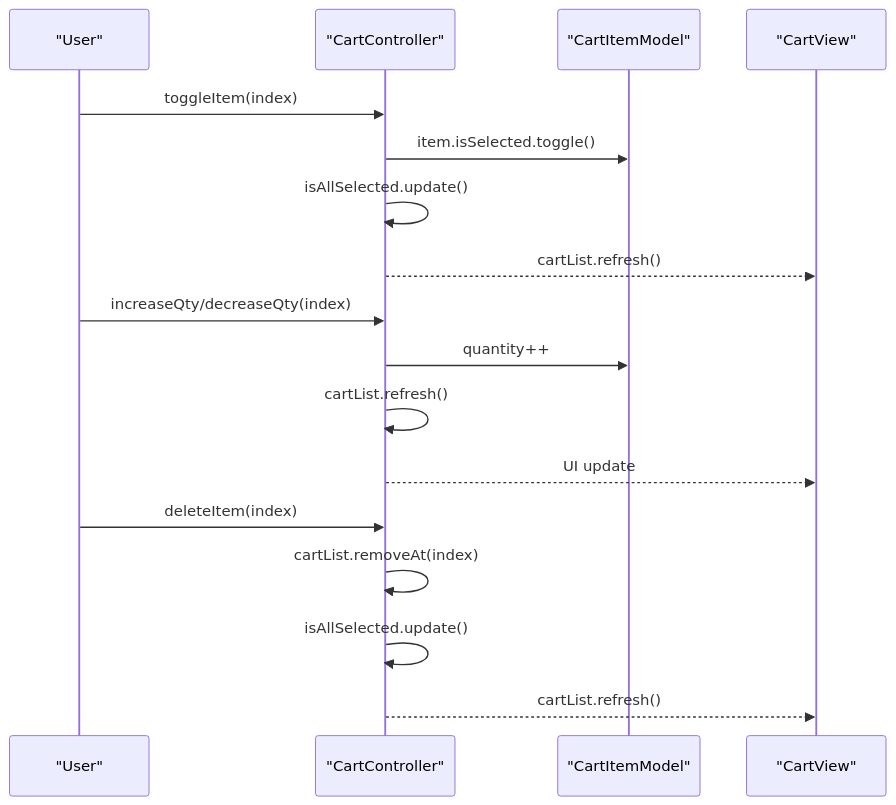
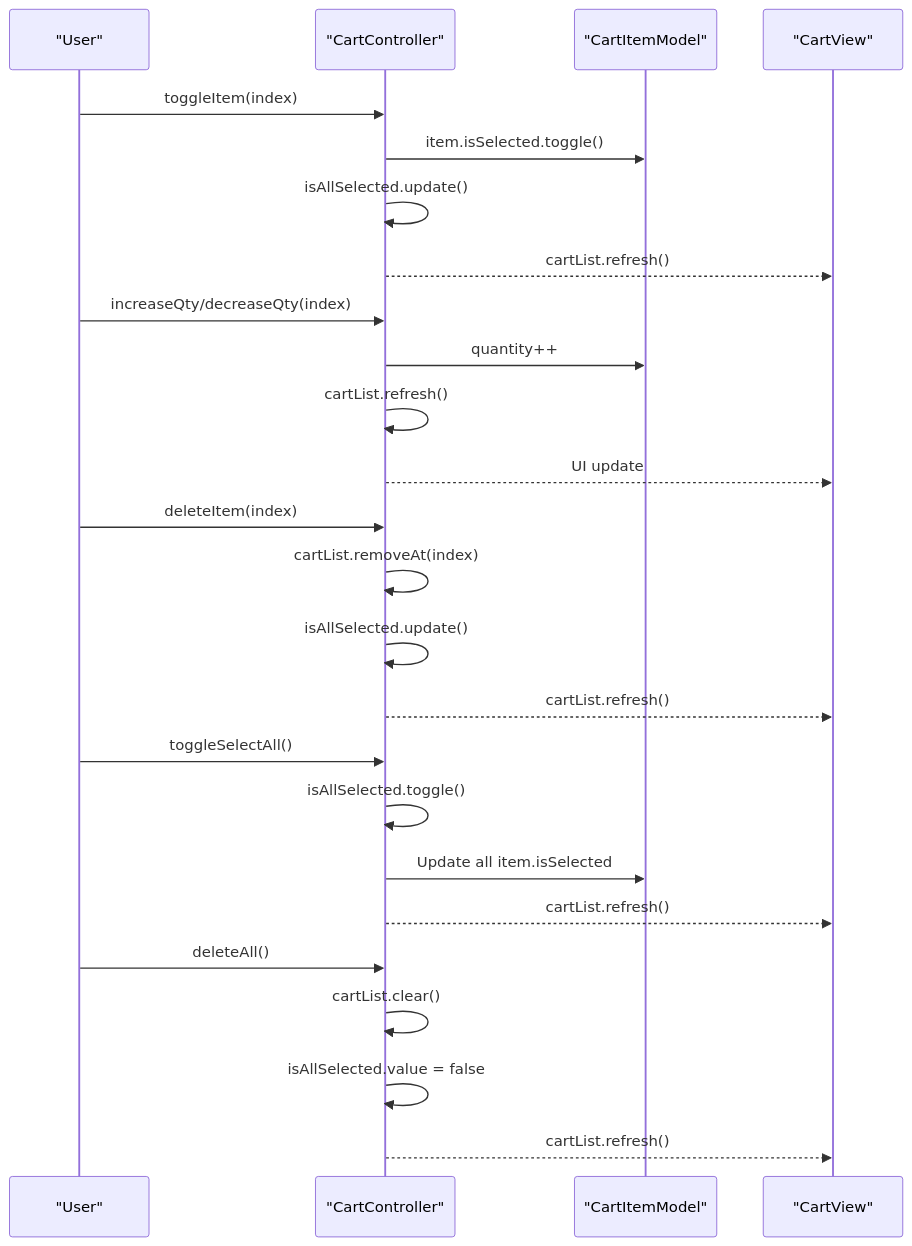
One commit to Ariful3111/FurniGo changed the third of 13 diagrams in .qoder/repowiki/en/content/Core Features/E-commerce Platform/Shopping Cart System.md. Above: the diagram before and after it, drawn with Mermaid. The commit also changed other lines of this file and 15 other files, not shown here.

````diff
--- a/.qoder/repowiki/en/content/Core Features/E-commerce Platform/Shopping Cart System.md
+++ b/.qoder/repowiki/en/content/Core Features/E-commerce Platform/Shopping Cart System.md
@@ -161,19 +218,27 @@
 ```mermaid
 sequenceDiagram
 participant User as "User"
 participant Controller as "CartController"
 participant Model as "CartItemModel"
 participant View as "CartView"
 User->>Controller : toggleItem(index)
 Controller->>Model : item.isSelected.toggle()
 Controller->>Controller : isAllSelected.update()
 Controller-->>View : cartList.refresh()
 User->>Controller : increaseQty/decreaseQty(index)
 Controller->>Model : quantity++
 Controller->>Controller : cartList.refresh()
 Controller-->>View : UI update
 User->>Controller : deleteItem(index)
 Controller->>Controller : cartList.removeAt(index)
 Controller->>Controller : isAllSelected.update()
 Controller-->>View : cartList.refresh()
+User->>Controller : toggleSelectAll()
+Controller->>Controller : isAllSelected.toggle()
+Controller->>Model : Update all item.isSelected
+Controller-->>View : cartList.refresh()
+User->>Controller : deleteAll()
+Controller->>Controller : cartList.clear()
+Controller->>Controller : isAllSelected.value = false
+Controller-->>View : cartList.refresh()
 ```
````
